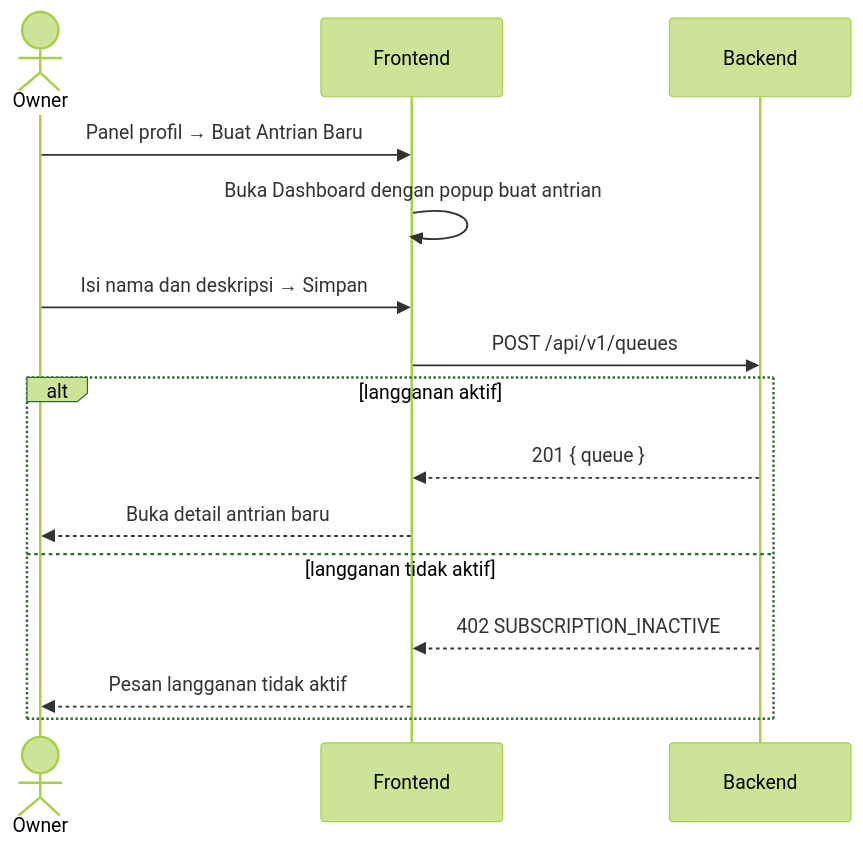
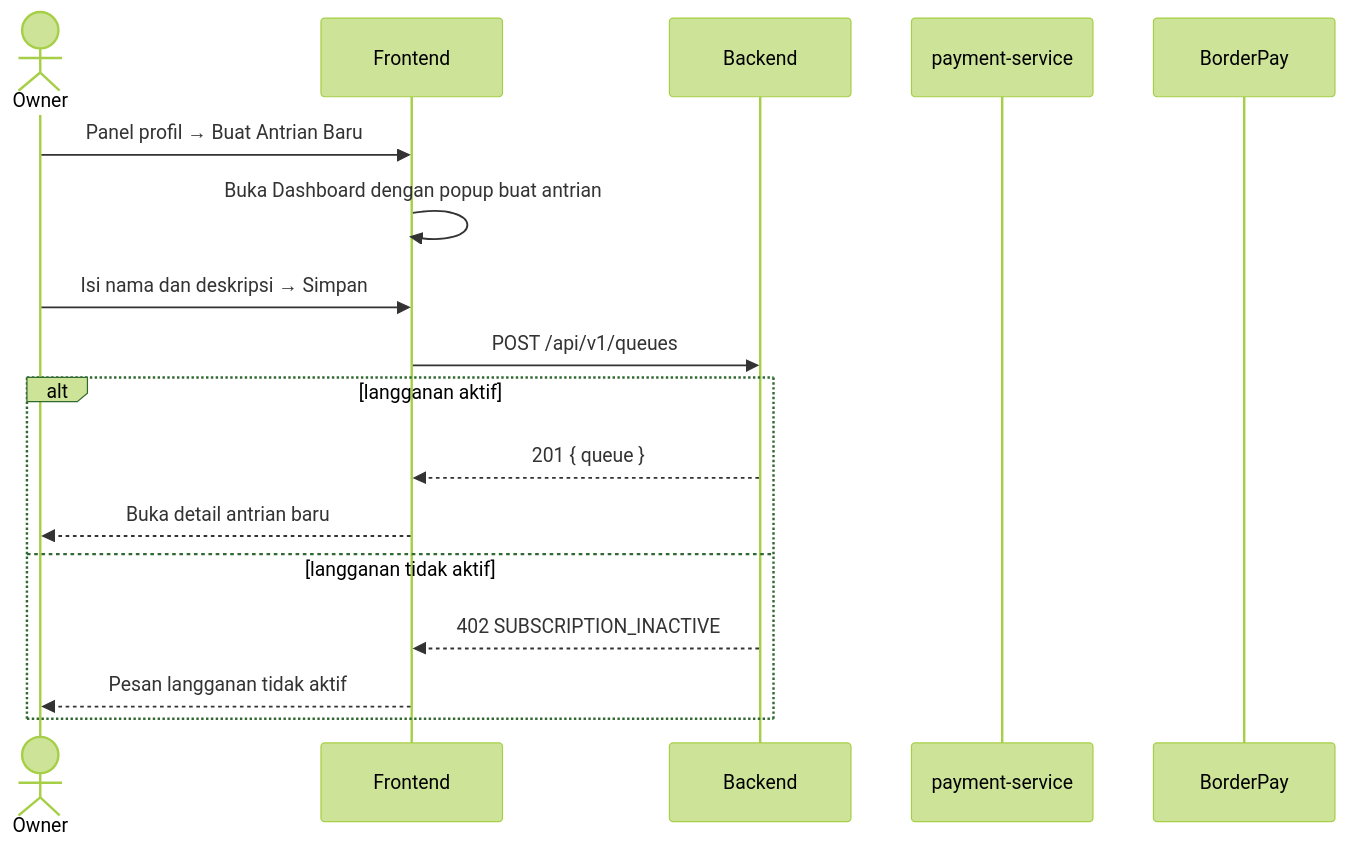
One commit to monte-christo-gilberd/Queue-Management-System changed the second of 5 diagrams in FLOW.md. Above: the diagram before and after it, drawn with Mermaid (forest theme). The commit also changed other lines of this file and 28 other files, not shown here.

````diff
--- a/FLOW.md
+++ b/FLOW.md
@@ -34,17 +34,19 @@
 ```mermaid
 sequenceDiagram
     actor O as Owner
     participant FE as Frontend
     participant BE as Backend
+    participant PS as payment-service
+    participant BB as BorderPay
     O->>FE: Panel profil → Buat Antrian Baru
     FE->>FE: Buka Dashboard dengan popup buat antrian
     O->>FE: Isi nama dan deskripsi → Simpan
     FE->>BE: POST /api/v1/queues
     alt langganan aktif
         BE-->>FE: 201 { queue }
         FE-->>O: Buka detail antrian baru
     else langganan tidak aktif
         BE-->>FE: 402 SUBSCRIPTION_INACTIVE
         FE-->>O: Pesan langganan tidak aktif
     end
 ```
````
